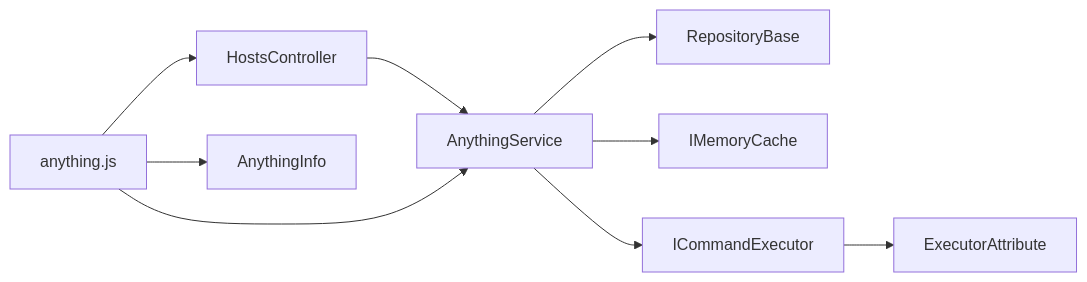
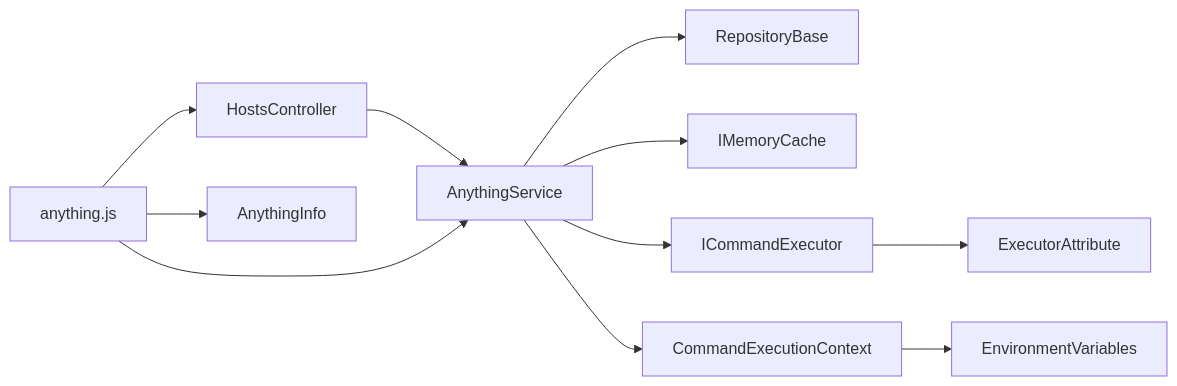
Before and after one commit to Sosososolong/AirGo: the eighth of 8 diagrams in .qoder/repowiki/zh/content/远程主机管理模块/AnythingService 核心功能.md, drawn with Mermaid. The commit also changed other lines of this file and 7 other files, not shown here.

````diff
--- a/.qoder/repowiki/zh/content/远程主机管理模块/AnythingService 核心功能.md
+++ b/.qoder/repowiki/zh/content/远程主机管理模块/AnythingService 核心功能.md
@@ -443,11 +521,13 @@
 ```mermaid
 graph LR
 Controller["HostsController"] --> Service["AnythingService"]
 Service --> Repo["RepositoryBase<T>"]
 Service --> Cache["IMemoryCache"]
 Service --> Exec["ICommandExecutor"]
+Service --> Ctx["CommandExecutionContext"]
+Ctx --> EnvVars["EnvironmentVariables"]
 Exec --> Attr["ExecutorAttribute"]
 Frontend["anything.js"] --> Controller
 Frontend --> Service
 Frontend --> AnythingInfo["AnythingInfo"]
 ```
````
